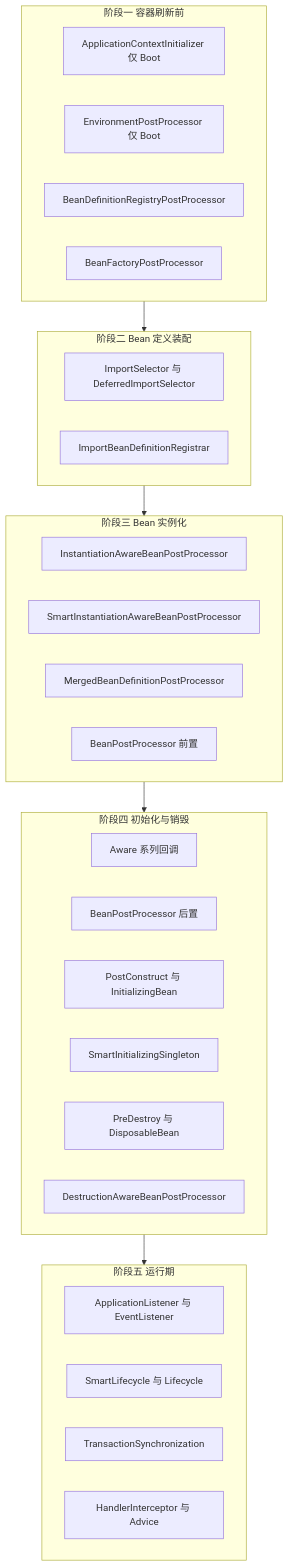
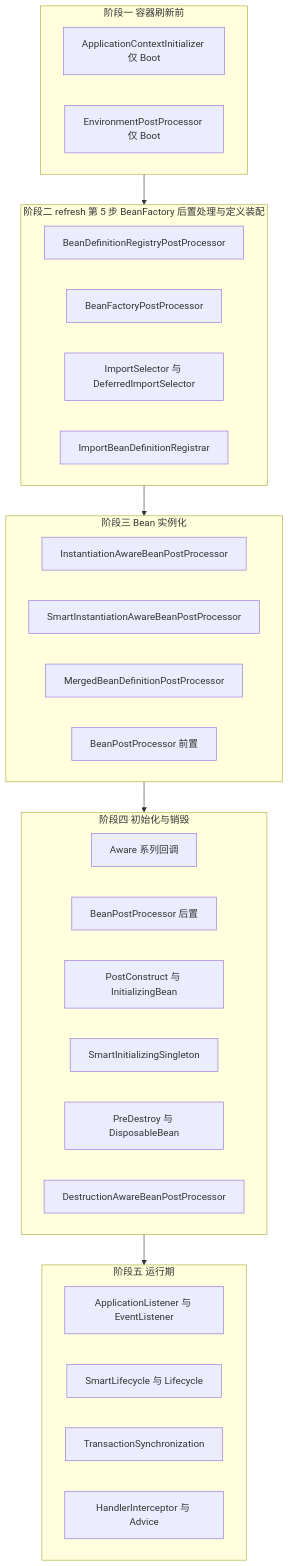
Before and after one commit to jacketan/java-interview: diagram 11 of 13 in 04-spring/02-Spring事务与循环依赖.md, drawn with Mermaid. The commit also changed other lines of this file and 38 other files, not shown here.

````diff
--- a/04-spring/02-Spring事务与循环依赖.md
+++ b/04-spring/02-Spring事务与循环依赖.md
@@ -947,34 +948,34 @@
 ```mermaid
 flowchart TD
   subgraph P1["阶段一 容器刷新前"]
     A1["ApplicationContextInitializer 仅 Boot"]
     A2["EnvironmentPostProcessor 仅 Boot"]
+  end
+  subgraph P2["阶段二 refresh 第 5 步 BeanFactory 后置处理与定义装配"]
     A3["BeanDefinitionRegistryPostProcessor"]
     A4["BeanFactoryPostProcessor"]
-  end
-  subgraph P2["阶段二 Bean 定义装配"]
     B1["ImportSelector 与 DeferredImportSelector"]
     B2["ImportBeanDefinitionRegistrar"]
   end
   subgraph P3["阶段三 Bean 实例化"]
     C1["InstantiationAwareBeanPostProcessor"]
     C2["SmartInstantiationAwareBeanPostProcessor"]
     C3["MergedBeanDefinitionPostProcessor"]
     C4["BeanPostProcessor 前置"]
   end
   subgraph P4["阶段四 初始化与销毁"]
     D1["Aware 系列回调"]
     D2["BeanPostProcessor 后置"]
     D3["PostConstruct 与 InitializingBean"]
     D4["SmartInitializingSingleton"]
     D5["PreDestroy 与 DisposableBean"]
     D6["DestructionAwareBeanPostProcessor"]
   end
   subgraph P5["阶段五 运行期"]
     E1["ApplicationListener 与 EventListener"]
     E2["SmartLifecycle 与 Lifecycle"]
     E3["TransactionSynchronization"]
     E4["HandlerInterceptor 与 Advice"]
   end
   P1 --> P2 --> P3 --> P4 --> P5
 ```
````
